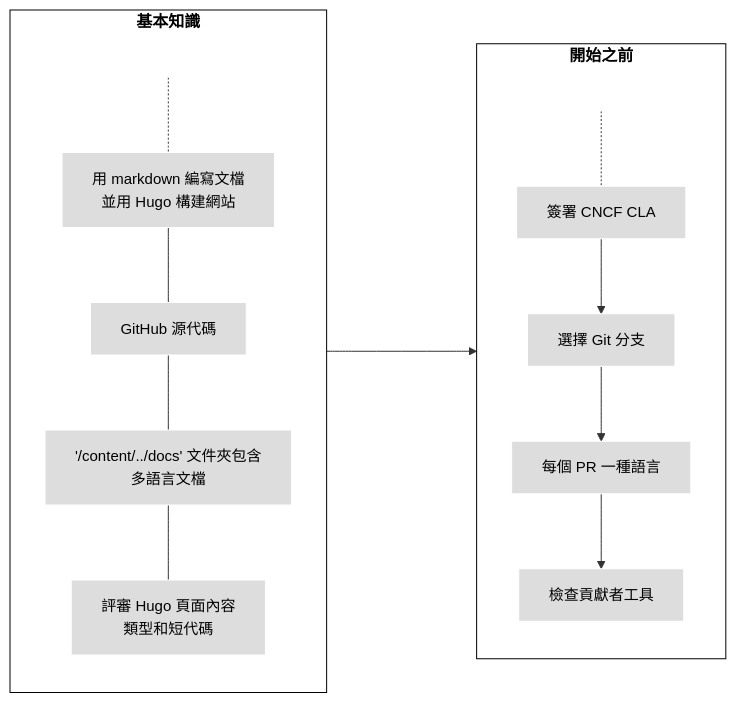
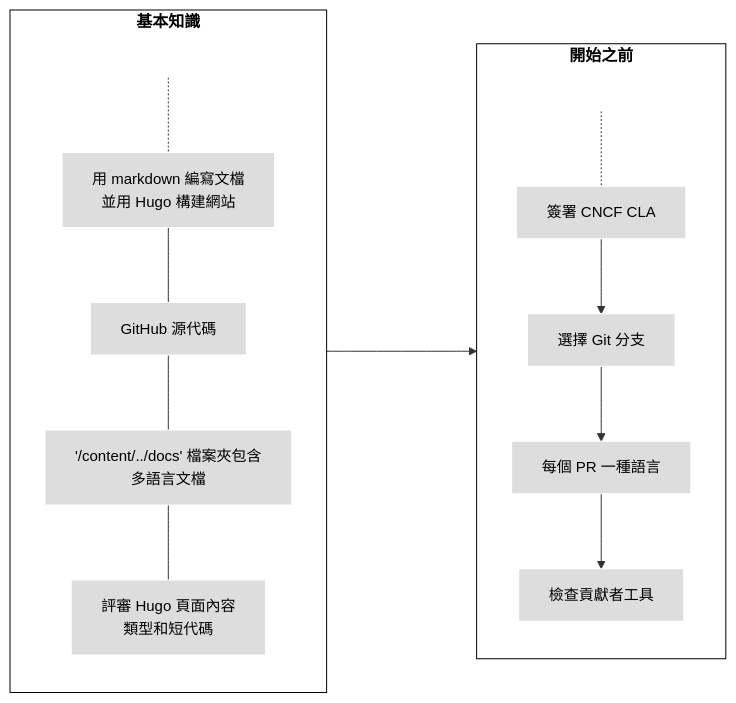
Before and after one commit to kubernetes/website: the diagram in content/zh-tw/docs/contribute/new-content/_index.md, drawn with Mermaid. The commit also changed other lines of this file and 1309 other files, not shown here.

```diff
--- a/content/zh-tw/docs/contribute/new-content/_index.md
+++ b/content/zh-tw/docs/contribute/new-content/_index.md
@@ -39,28 +39,28 @@
 {{< mermaid >}}
 flowchart LR 
     subgraph second[開始之前]
     direction TB
     S[ ] -.-
     A[簽署 CNCF CLA] --> B[選擇 Git 分支]
     B --> C[每個 PR 一種語言]
     C --> F[檢查貢獻者工具]
     end
     subgraph first[基本知識]
     direction TB
        T[ ] -.-
        D[用 markdown 編寫文檔<br>並用 Hugo 構建網站] --- E[GitHub 源代碼]
-       E --- G['/content/../docs' 文件夾包含<br>多語言文檔]
+       E --- G['/content/../docs' 檔案夾包含<br>多語言文檔]
        G --- H[評審 Hugo 頁面內容<br>類型和短代碼]
     end
     
 
     first ----> second
 
 
 classDef grey fill:#dddddd,stroke:#ffffff,stroke-width:px,color:#000000, font-size:15px;
 classDef white fill:#ffffff,stroke:#000,stroke-width:px,color:#000,font-weight:bold
 classDef spacewhite fill:#ffffff,stroke:#fff,stroke-width:0px,color:#000
 class A,B,C,D,E,F,G,H grey
 class S,T spacewhite
 class first,second white
 {{</ mermaid >}}
```
